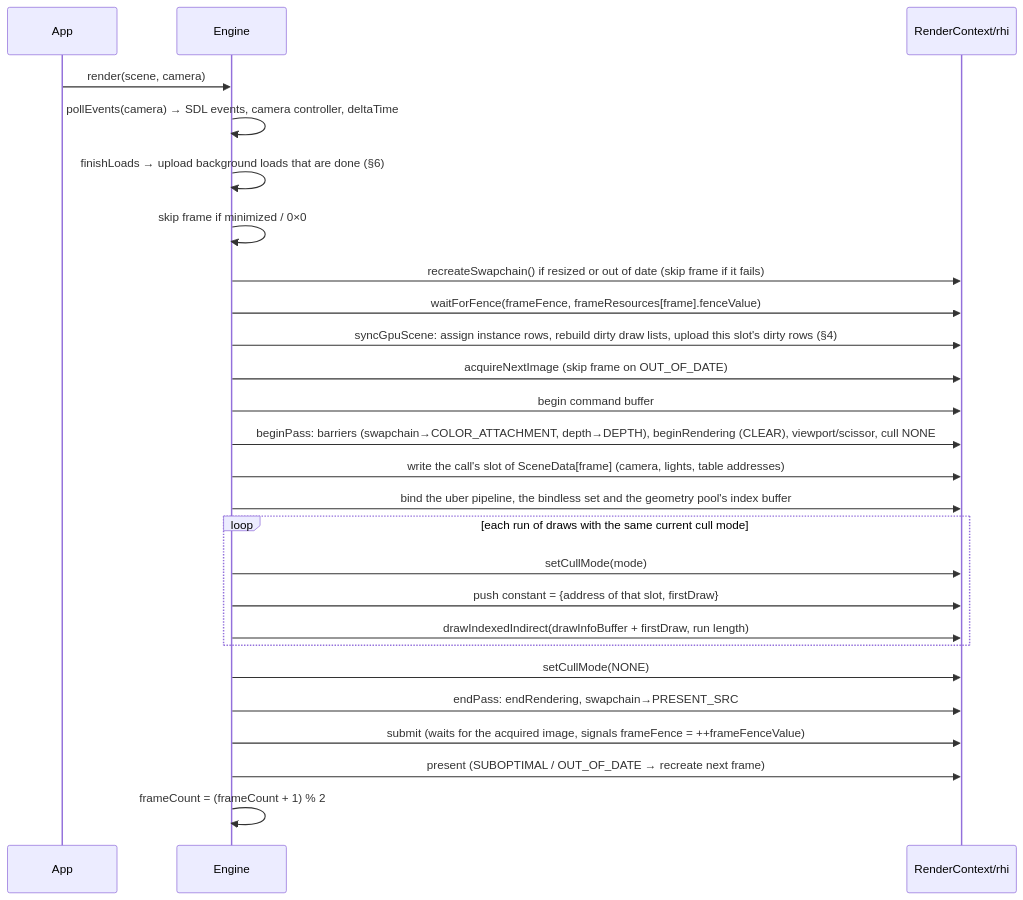
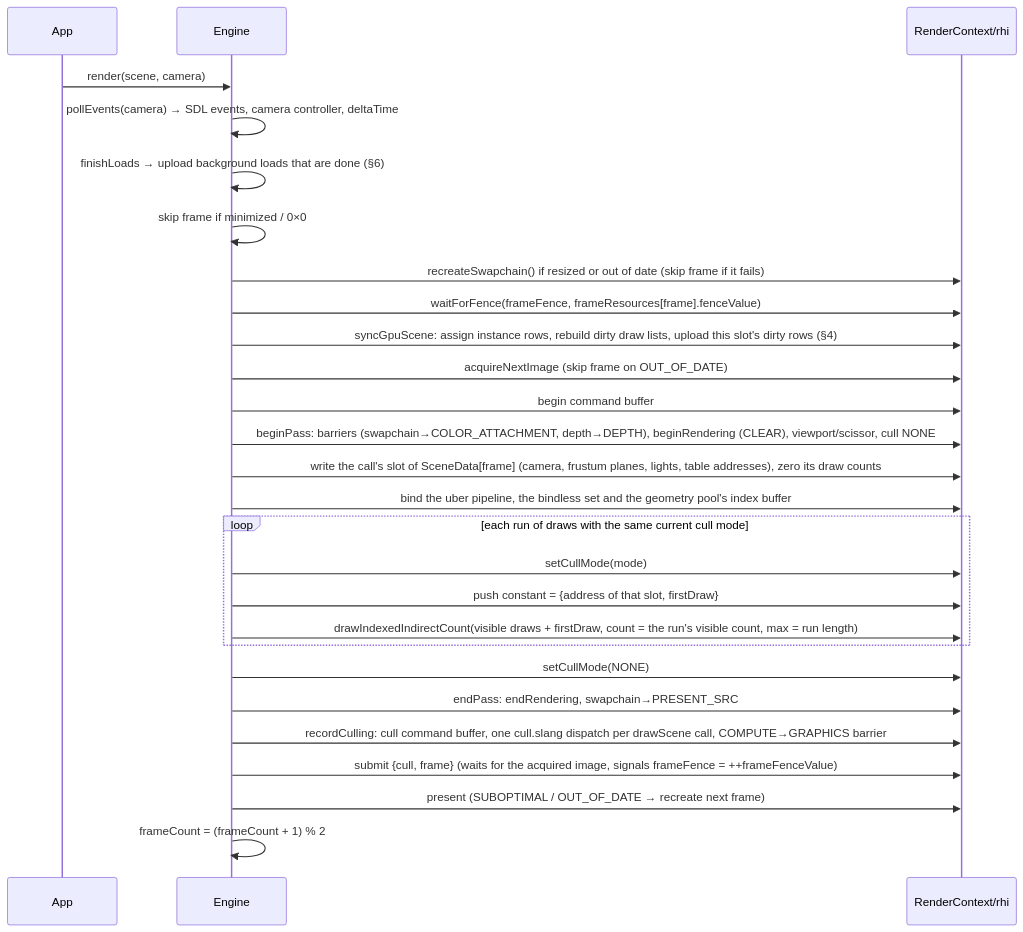
Before and after one commit to adel-elmala/rasm: the second of 3 diagrams in docs/architecture.md, drawn with Mermaid. The commit also changed other lines of this file and 20 other files, not shown here.

First line of the commit message:
feat: GPU frustum culling with indirect-count draws

````diff
--- a/docs/architecture.md
+++ b/docs/architecture.md
@@ -81,28 +81,29 @@
 ```mermaid
 sequenceDiagram
     participant App
     participant E as Engine
     participant C as RenderContext/rhi
     App->>E: render(scene, camera)
     E->>E: pollEvents(camera) → SDL events, camera controller, deltaTime
     E->>E: finishLoads → upload background loads that are done (§6)
     E->>E: skip frame if minimized / 0×0
     E->>C: recreateSwapchain() if resized or out of date (skip frame if it fails)
     E->>C: waitForFence(frameFence, frameResources[frame].fenceValue)
     E->>C: syncGpuScene: assign instance rows, rebuild dirty draw lists, upload this slot's dirty rows (§4)
     E->>C: acquireNextImage (skip frame on OUT_OF_DATE)
     E->>C: begin command buffer
     E->>C: beginPass: barriers (swapchain→COLOR_ATTACHMENT, depth→DEPTH), beginRendering (CLEAR), viewport/scissor, cull NONE
-    E->>C: write the call's slot of SceneData[frame] (camera, lights, table addresses)
+    E->>C: write the call's slot of SceneData[frame] (camera, frustum planes, lights, table addresses), zero its draw counts
     E->>C: bind the uber pipeline, the bindless set and the geometry pool's index buffer
     loop each run of draws with the same current cull mode
         E->>C: setCullMode(mode)
         E->>C: push constant = {address of that slot, firstDraw}
-        E->>C: drawIndexedIndirect(drawInfoBuffer + firstDraw, run length)
+        E->>C: drawIndexedIndirectCount(visible draws + firstDraw, count = the run's visible count, max = run length)
     end
     E->>C: setCullMode(NONE)
     E->>C: endPass: endRendering, swapchain→PRESENT_SRC
-    E->>C: submit (waits for the acquired image, signals frameFence = ++frameFenceValue)
+    E->>C: recordCulling: cull command buffer, one cull.slang dispatch per drawScene call, COMPUTE→GRAPHICS barrier
+    E->>C: submit {cull, frame} (waits for the acquired image, signals frameFence = ++frameFenceValue)
     E->>C: present (SUBOPTIMAL / OUT_OF_DATE → recreate next frame)
     E->>E: frameCount = (frameCount + 1) % 2
 ```
````
